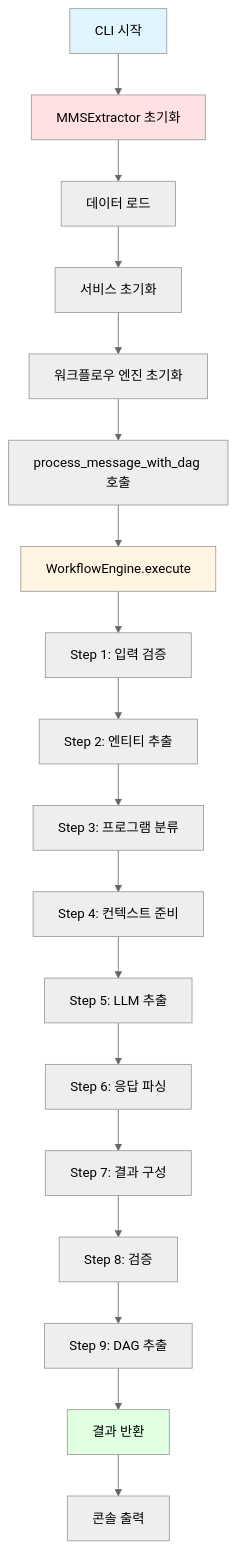
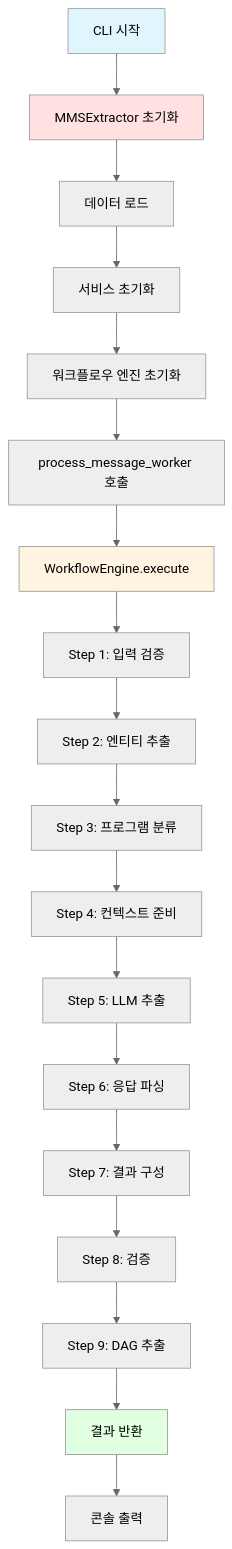
The first of 2 diagrams in mms_extractor_exp/docs/EXECUTION_FLOW.md (yonggoghi/AgenticWorkflow), drawn with Mermaid (neutral theme) before and after one commit. The commit also changed other lines of this file and 5 other files, not shown here.

First line of the commit message:
refactor: rename process_message_with_dag to process_message_worker

````diff
--- a/mms_extractor_exp/docs/EXECUTION_FLOW.md
+++ b/mms_extractor_exp/docs/EXECUTION_FLOW.md
@@ -353,27 +353,27 @@
 ```mermaid
 graph TB
     A[CLI 시작] --> B[MMSExtractor 초기화]
     B --> C[데이터 로드]
     C --> D[서비스 초기화]
     D --> E[워크플로우 엔진 초기화]
-    E --> F[process_message_with_dag 호출]
+    E --> F[process_message_worker 호출]
     F --> G[WorkflowEngine.execute]
     
     G --> H1[Step 1: 입력 검증]
     H1 --> H2[Step 2: 엔티티 추출]
     H2 --> H3[Step 3: 프로그램 분류]
     H3 --> H4[Step 4: 컨텍스트 준비]
     H4 --> H5[Step 5: LLM 추출]
     H5 --> H6[Step 6: 응답 파싱]
     H6 --> H7[Step 7: 결과 구성]
     H7 --> H8[Step 8: 검증]
     H8 --> H9[Step 9: DAG 추출]
     
     H9 --> I[결과 반환]
     I --> J[콘솔 출력]
     
     style A fill:#e1f5ff
     style B fill:#ffe1e1
     style G fill:#fff4e1
     style I fill:#e1ffe1
 ```
````
